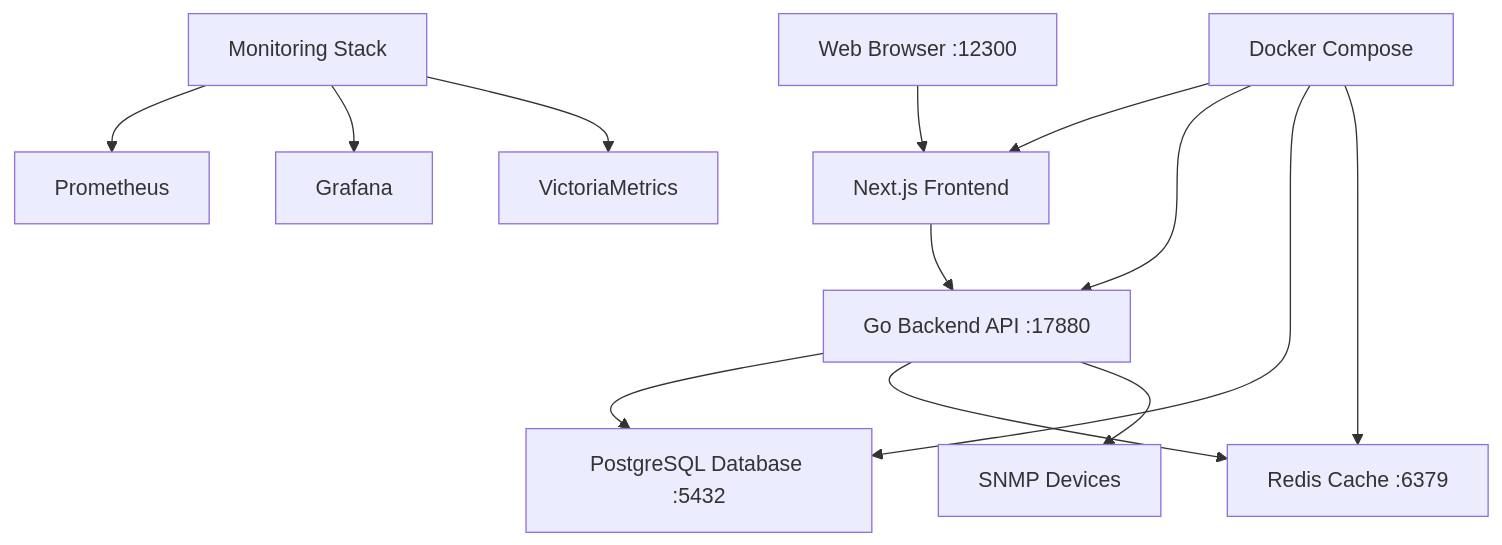
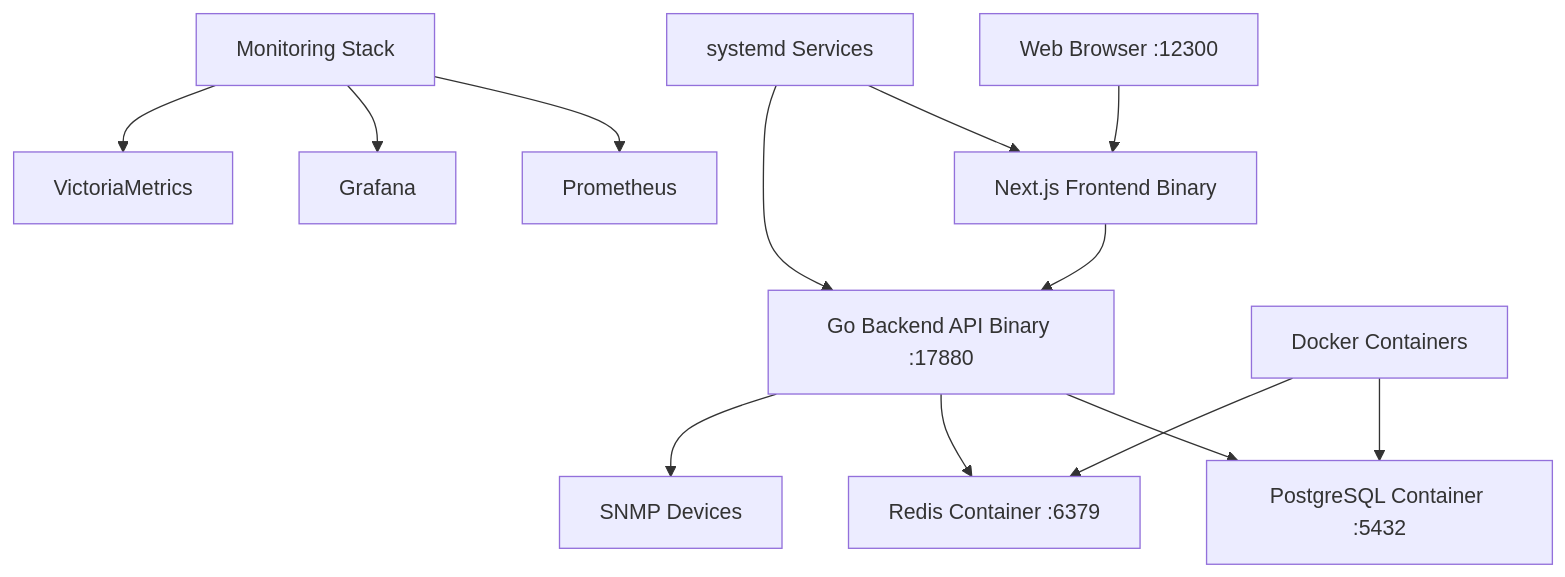
One commit to danxiaonuo/snmp-mib-ui changed the diagram in README.md. Above: the diagram before and after it, drawn with Mermaid. The commit also changed other lines of this file and 177 other files, not shown here.

````diff
--- a/README.md
+++ b/README.md
@@ -249,17 +335,17 @@
 ```mermaid
 graph TB
-    A[Web Browser :12300] --> B[Next.js Frontend]
-    B --> C[Go Backend API :17880]
-    C --> D[PostgreSQL Database :5432]
-    C --> E[Redis Cache :6379]
+    A[Web Browser :12300] --> B[Next.js Frontend Binary]
+    B --> C[Go Backend API Binary :17880]
+    C --> D[PostgreSQL Container :5432]
+    C --> E[Redis Container :6379]
     C --> F[SNMP Devices]
     
-    G[Docker Compose] --> B
+    G[systemd Services] --> B
     G --> C
-    G --> D
-    G --> E
+    H[Docker Containers] --> D
+    H --> E
     
-    H[Monitoring Stack] --> I[Prometheus]
-    H --> J[Grafana]
-    H --> K[VictoriaMetrics]
+    I[Monitoring Stack] --> J[Prometheus]
+    I --> K[Grafana]
+    I --> L[VictoriaMetrics]
 ```
````
